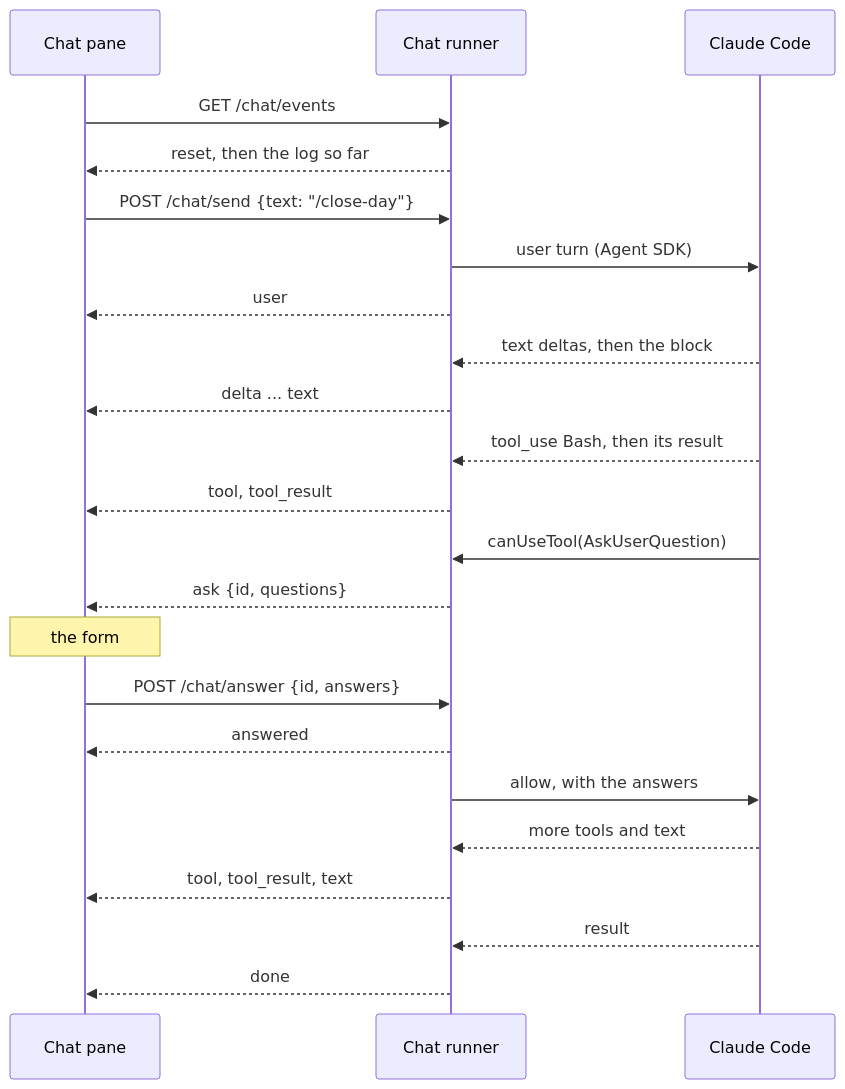
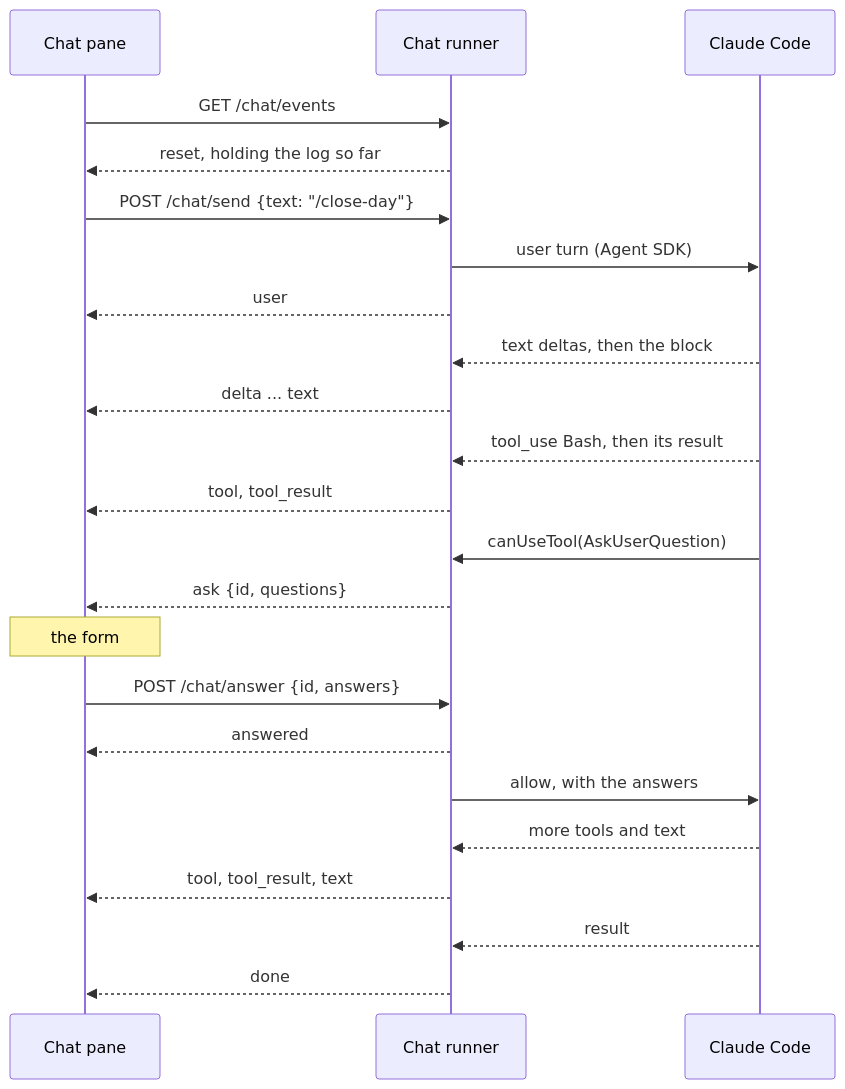
One commit to pgoell/kasten changed the second of 2 diagrams in docs/explanation/the-chat-pane.md. Above: the diagram before and after it, drawn with Mermaid. The commit also changed 10 other files, not shown here.

````diff
--- a/docs/explanation/the-chat-pane.md
+++ b/docs/explanation/the-chat-pane.md
@@ -123,25 +123,25 @@
 ```mermaid
 sequenceDiagram
   participant P as Chat pane
   participant R as Chat runner
   participant C as Claude Code
   P->>R: GET /chat/events
-  R-->>P: reset, then the log so far
+  R-->>P: reset, holding the log so far
   P->>R: POST /chat/send {text: "/close-day"}
   R->>C: user turn (Agent SDK)
   R-->>P: user
   C-->>R: text deltas, then the block
   R-->>P: delta ... text
   C-->>R: tool_use Bash, then its result
   R-->>P: tool, tool_result
   C->>R: canUseTool(AskUserQuestion)
   R-->>P: ask {id, questions}
   Note over P: the form
   P->>R: POST /chat/answer {id, answers}
   R-->>P: answered
   R->>C: allow, with the answers
   C-->>R: more tools and text
   R-->>P: tool, tool_result, text
   C-->>R: result
   R-->>P: done
 ```
````
